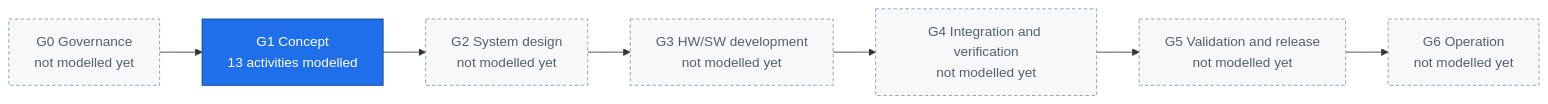
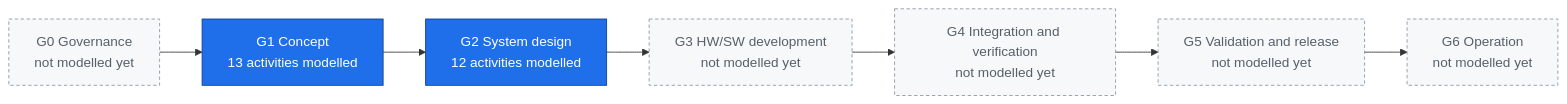
Before and after one commit to jherrodthomas/LionDriver: the diagram in assurance/process/maps/lifecycle.md, drawn with Mermaid. The commit also changed other lines of this file and 9 other files, not shown here.

First line of the commit message:
assurance: model the G2 system design phase in the process model (WP-P-11)

````diff
--- a/assurance/process/maps/lifecycle.md
+++ b/assurance/process/maps/lifecycle.md
@@ -8,15 +8,15 @@
 ```mermaid
 flowchart LR
   G0["G0 Governance<br/>not modelled yet"]
   G1["G1 Concept<br/>13 activities modelled"]
-  G2["G2 System design<br/>not modelled yet"]
+  G2["G2 System design<br/>12 activities modelled"]
   G3["G3 HW/SW development<br/>not modelled yet"]
   G4["G4 Integration and verification<br/>not modelled yet"]
   G5["G5 Validation and release<br/>not modelled yet"]
   G6["G6 Operation<br/>not modelled yet"]
   G0 --> G1 --> G2 --> G3 --> G4 --> G5 --> G6
   classDef modelled fill:#1f6feb,stroke:#0b3d91,color:#ffffff
   classDef pending fill:#f6f8fa,stroke:#8c959f,color:#57606a,stroke-dasharray: 4 3
-  class G1 modelled
-  class G0,G2,G3,G4,G5,G6 pending
+  class G1,G2 modelled
+  class G0,G3,G4,G5,G6 pending
 ```
````
